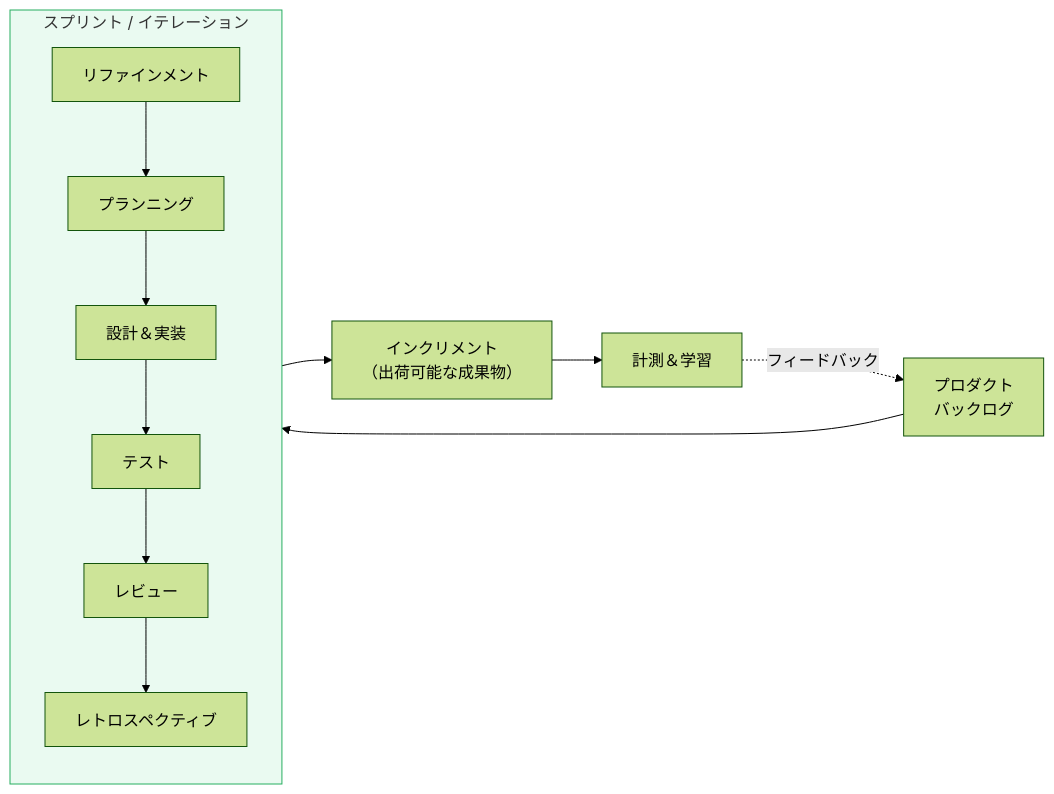
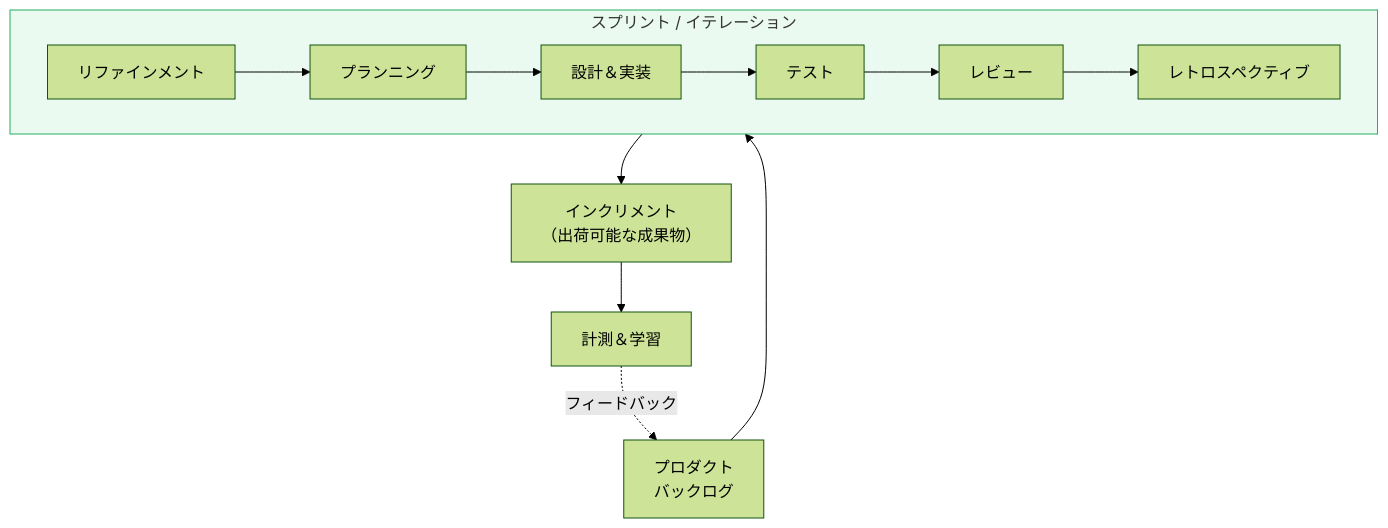
One commit to shuji-bonji/Management-of-software-systems-and-services changed the sixth of 14 diagrams in product-lifecycle-map.md. Above: the diagram before and after it, drawn with Mermaid (forest theme). The commit also changed other lines of this file and 9 other files, not shown here.

Commit message:
fix: Mermaid図の改善

````diff
--- a/product-lifecycle-map.md
+++ b/product-lifecycle-map.md
@@ -294,17 +287,18 @@
 ```mermaid
-graph LR
+graph TB
     subgraph Sprint["スプリント / イテレーション"]
+        direction LR
         R["リファインメント"] --> P["プランニング"]
         P --> D["設計＆実装"]
         D --> T["テスト"]
         T --> RV["レビュー"]
         RV --> RT["レトロスペクティブ"]
     end
 
-    Input["プロダクト\nバックログ"] --> Sprint
-    Sprint --> Output["インクリメント\n（出荷可能な成果物）"]
+    Input["プロダクト<br>バックログ"] --> Sprint
+    Sprint --> Output["インクリメント<br>（出荷可能な成果物）"]
     Output --> Measure["計測＆学習"]
     Measure -.->|"フィードバック"| Input
 
-    style Sprint fill:#EAFAF1,stroke:#27AE60
+    style Sprint fill:#EAFAF1,stroke:#27AE60,color:#333
 ```
````
